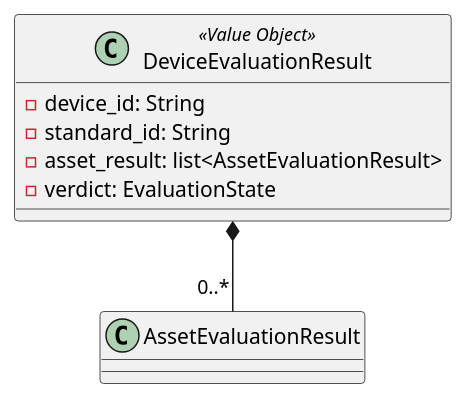
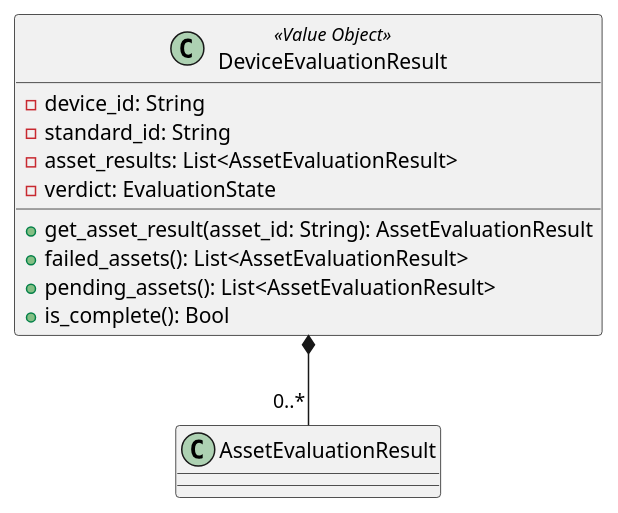
Before and after one commit to GroupRubberDuck/Documentazione: the diagram in src/PB/DocumentazioneEsterna/Specifica_Tecnica/content/uml/puml/Diagrammi_classi/Backend/Domain/DeviceEvaluationResult.puml, drawn with PlantUML. The commit also changed 24 other files, not shown here.

```diff
--- a/src/PB/DocumentazioneEsterna/Specifica_Tecnica/content/uml/puml/Diagrammi_classi/Backend/Domain/DeviceEvaluationResult.puml
+++ b/src/PB/DocumentazioneEsterna/Specifica_Tecnica/content/uml/puml/Diagrammi_classi/Backend/Domain/DeviceEvaluationResult.puml
@@ -1,12 +1,17 @@
 @startuml DeviceEvaluationResult
 
 class DeviceEvaluationResult <<Value Object>> {
     - device_id: String
     - standard_id: String
-    - asset_result: list<AssetEvaluationResult>
+    - asset_results: List<AssetEvaluationResult>
     - verdict: EvaluationState
+
+    + get_asset_result(asset_id: String): AssetEvaluationResult
+    + failed_assets(): List<AssetEvaluationResult>
+    + pending_assets(): List<AssetEvaluationResult>
+    + is_complete(): Bool
 }
 
 DeviceEvaluationResult *-- "0..*" AssetEvaluationResult
 
 @enduml
```
